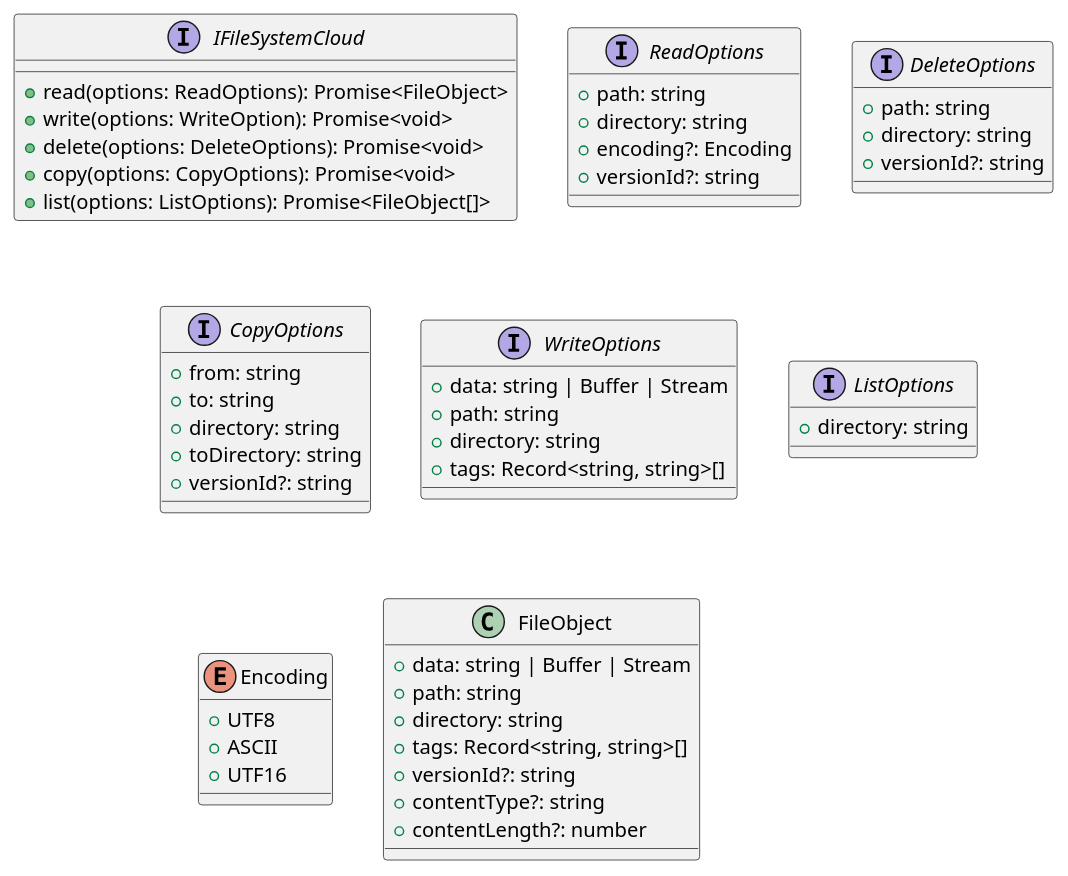
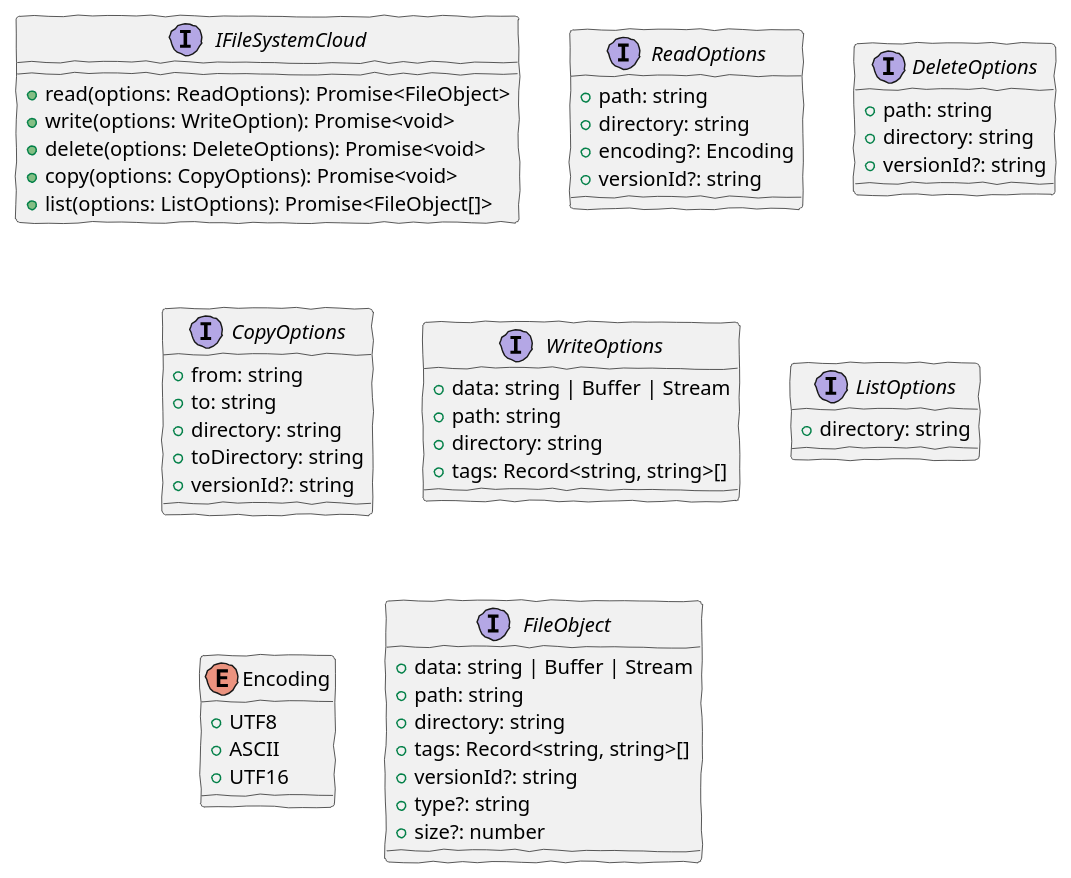
The diagram in documents/CLASS-DIAGRAM.md (chantharamanee-prat/fsc), drawn with PlantUML before and after one commit. The commit also changed other lines of this file and 2 other files, not shown here.

Commit message:
chore: Updating diagram

```diff
--- a/documents/CLASS-DIAGRAM.md
+++ b/documents/CLASS-DIAGRAM.md
@@ -4,58 +4,58 @@
-@startuml classDiagram
+@startuml
+skinparam handwritten true
 interface IFileSystemCloud {
  +read(options: ReadOptions): Promise<FileObject>
  +write(options: WriteOption): Promise<void>
  +delete(options: DeleteOptions): Promise<void>
  +copy(options: CopyOptions): Promise<void>
  +list(options: ListOptions): Promise<FileObject[]>
 }
 
 interface ReadOptions {
  +path: string
  +directory: string
  +encoding?: Encoding
  +versionId?: string
 }
 
 interface DeleteOptions {
  +path: string
  +directory: string
  +versionId?: string
 }
 
 interface CopyOptions {
  +from: string
  +to: string
  +directory: string
  +toDirectory: string
  +versionId?: string
 }
 
 interface WriteOptions {
  +data: string | Buffer | Stream
  +path: string
  +directory: string
  +tags: Record<string, string>[]
 }
 
 interface ListOptions {
  +directory: string
 }
 
 enum Encoding {
  +UTF8
  +ASCII
  +UTF16
 }
 
-class FileObject {
+interface FileObject {
  +data: string | Buffer | Stream
  +path: string
  +directory: string
  +tags: Record<string, string>[]
  +versionId?: string
- +contentType?: string
- +contentLength?: number
+ +type?: string
+ +size?: number
 }
-
 @enduml
```
